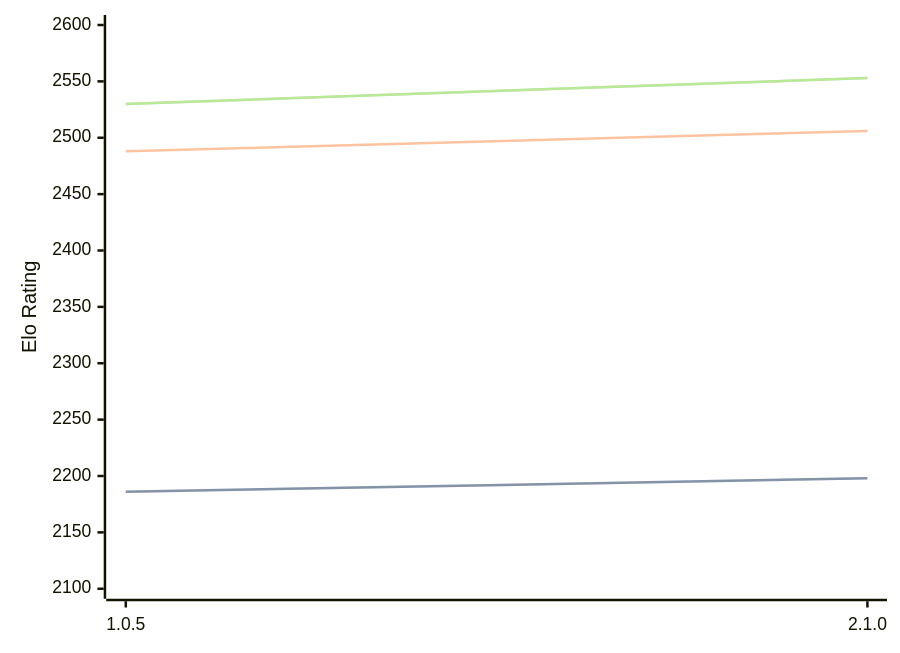
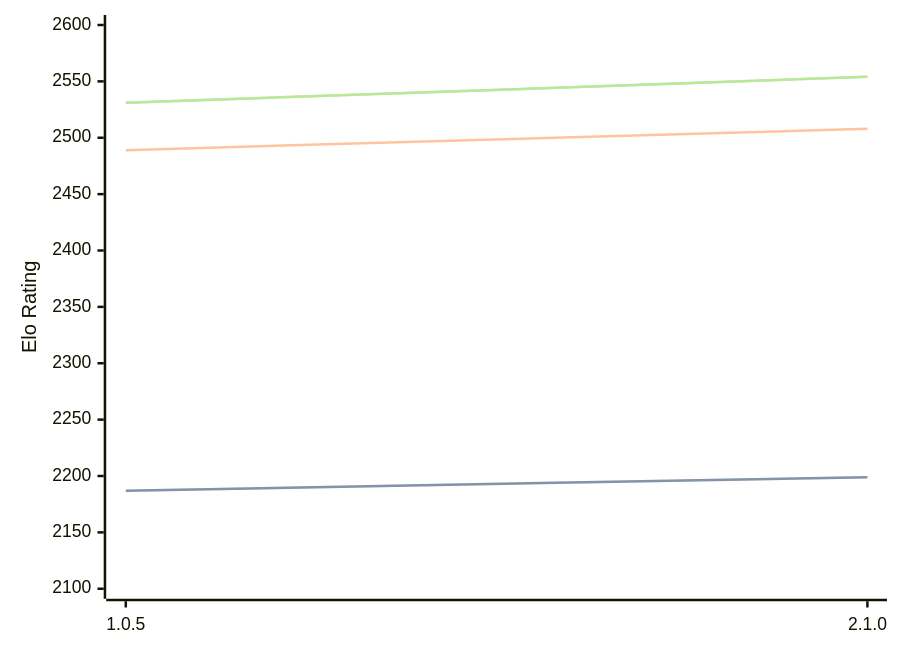
One commit to computer-chess-index/cci changed the diagram in engines/Ruffian.md. Above: the diagram before and after it, drawn with Mermaid. The commit also changed other lines of this file, not shown here.

Commit message:
Update CCI Ratings (ELO VLTC) - 2026-05-04

````diff
--- a/engines/Ruffian.md
+++ b/engines/Ruffian.md
@@ -32,11 +32,11 @@
 ```mermaid
 %%{init: {"theme":"base","themeVariables":{"seriesColors:['#a3a3a3','#222221','#faa371']}}}%%
 xychart-beta
   x-axis ["1.0.5", "2.1.0"]
   y-axis "Elo Rating" 2100 --> 2600
-  line "STC (8.0+0.08s)" [2186, 2198]
-  line "STC (8.0+0.08s)" [2186, 2198]
-  line "LTC (60.0+0.60s)" [2488, 2506]
-  line "VLTC (2m24s+1.12s)" [2530, 2553]
-  line "VLTC (2m24s+1.12s)" [2530, 2553]
+  line "STC (8.0+0.08s)" [2187, 2199]
+  line "STC (8.0+0.08s)" [2187, 2199]
+  line "LTC (60.0+0.60s)" [2489, 2508]
+  line "VLTC (2m24s+1.12s)" [2531, 2554]
+  line "VLTC (2m24s+1.12s)" [2531, 2554]
 ```
````
